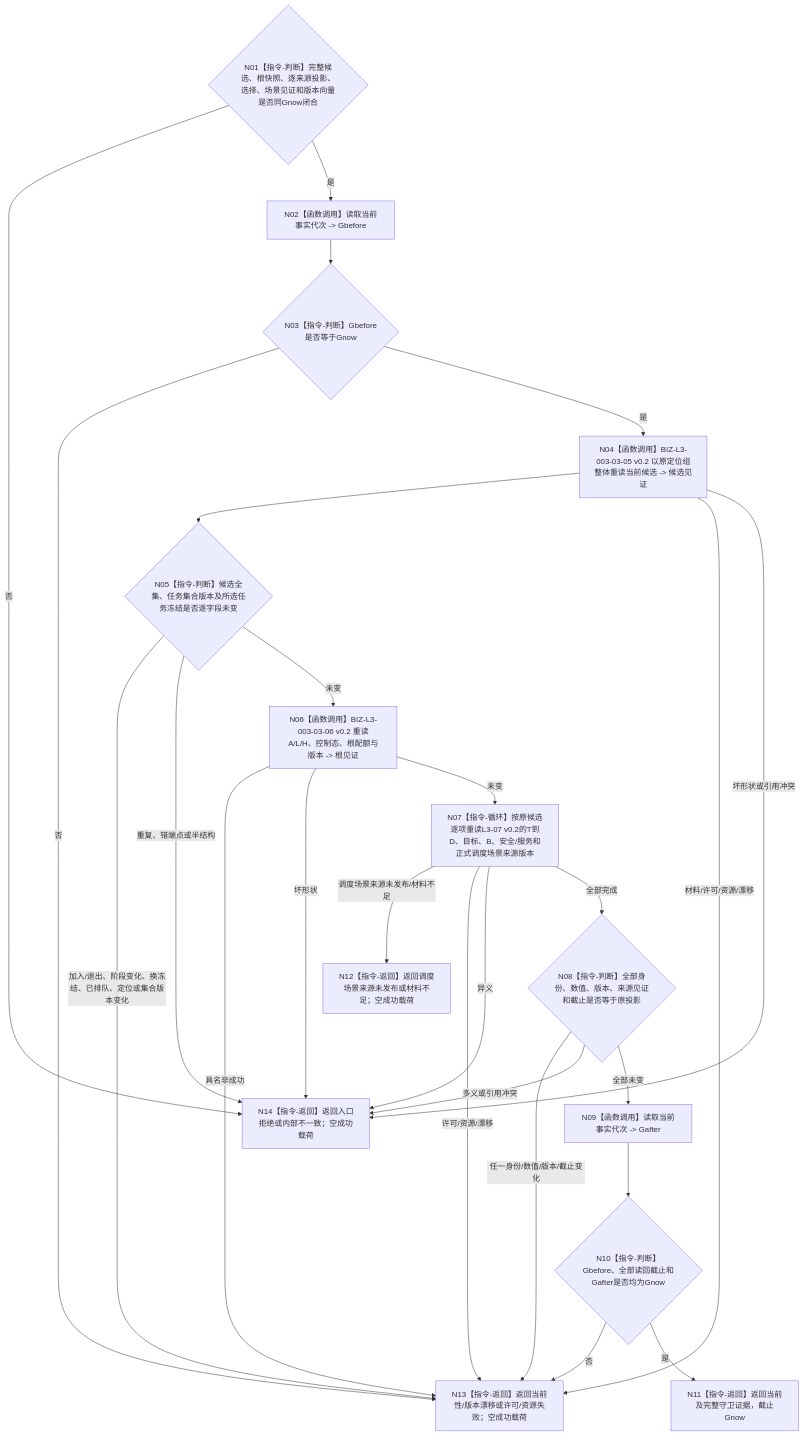
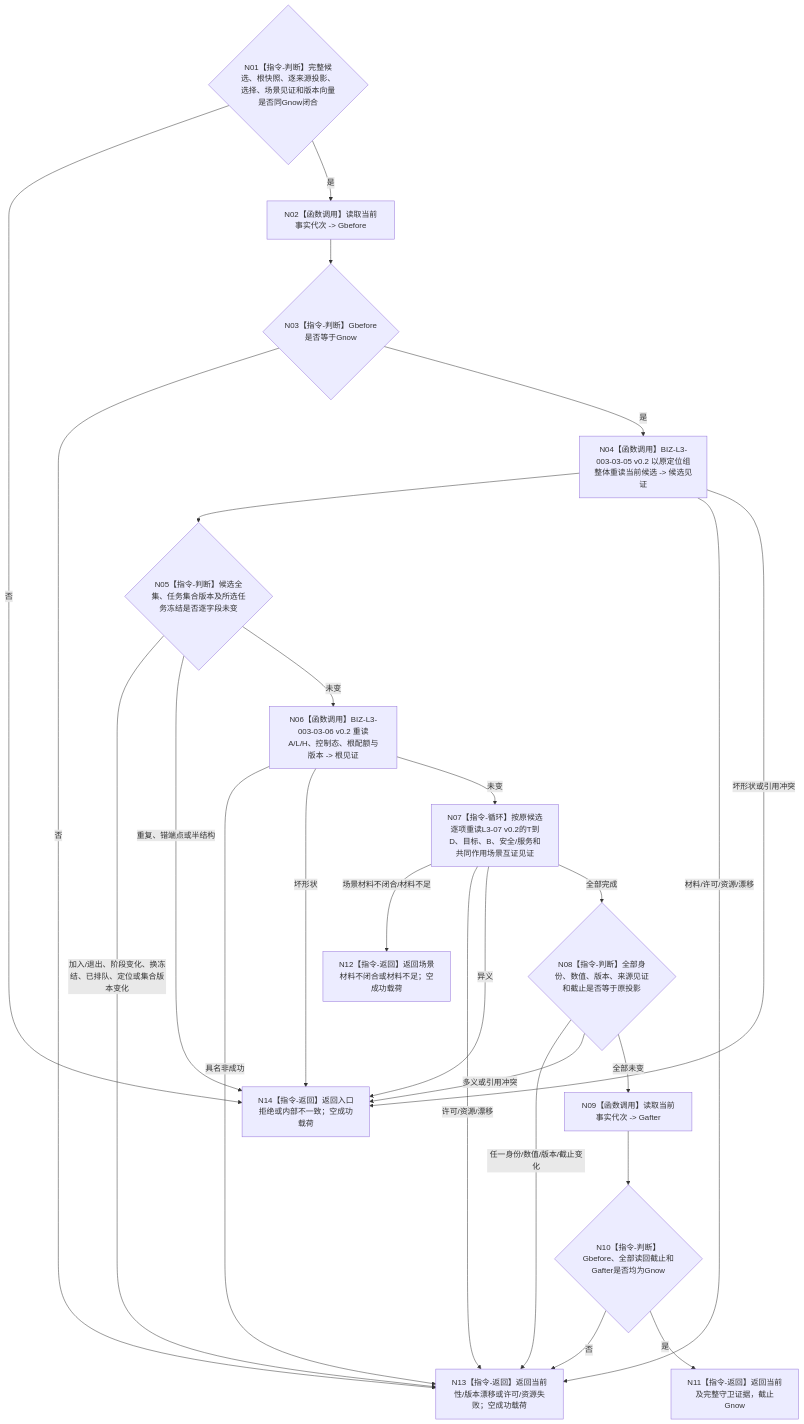
The diagram in 流程图/目标业务流程图/L3/BIZ-L3-003-03-10_复核普通派发选择当前性_目标函数流程图_v0.3.md (chunhaizh-cyber/HY-Ego), drawn with Mermaid before and after one commit. The commit also changed other lines of this file and 12 other files, not shown here.

````diff
--- a/流程图/目标业务流程图/L3/BIZ-L3-003-03-10_复核普通派发选择当前性_目标函数流程图_v0.3.md
+++ b/流程图/目标业务流程图/L3/BIZ-L3-003-03-10_复核普通派发选择当前性_目标函数流程图_v0.3.md
@@ -35,39 +35,39 @@
 ```mermaid
 flowchart TD
     N01{"N01【指令-判断】完整候选、根快照、逐来源投影、选择、场景见证和版本向量是否同Gnow闭合"}
     N02["N02【函数调用】读取当前事实代次 -> Gbefore"]
     N03{"N03【指令-判断】Gbefore是否等于Gnow"}
     N04["N04【函数调用】BIZ-L3-003-03-05 v0.2 以原定位组整体重读当前候选 -> 候选见证"]
     N05{"N05【指令-判断】候选全集、任务集合版本及所选任务冻结是否逐字段未变"}
     N06["N06【函数调用】BIZ-L3-003-03-06 v0.2 重读A/L/H、控制态、根配额与版本 -> 根见证"]
-    N07["N07【指令-循环】按原候选逐项重读L3-07 v0.2的T到D、目标、B、安全/服务和正式调度场景来源版本"]
+    N07["N07【指令-循环】按原候选逐项重读L3-07 v0.2的T到D、目标、B、安全/服务和共同作用场景互证见证"]
     N08{"N08【指令-判断】全部身份、数值、版本、来源见证和截止是否等于原投影"}
     N09["N09【函数调用】读取当前事实代次 -> Gafter"]
     N10{"N10【指令-判断】Gbefore、全部读回截止和Gafter是否均为Gnow"}
     N11["N11【指令-返回】返回当前及完整守卫证据，截止Gnow"]
-    N12["N12【指令-返回】返回调度场景来源未发布或材料不足；空成功载荷"]
+    N12["N12【指令-返回】返回场景材料不闭合或材料不足；空成功载荷"]
     N13["N13【指令-返回】返回当前性/版本漂移或许可/资源失败；空成功载荷"]
     N14["N14【指令-返回】返回入口拒绝或内部不一致；空成功载荷"]
 
     N01 -->|否| N14
     N01 -->|是| N02 --> N03
     N03 -->|否| N13
     N03 -->|是| N04 --> N05
     N04 -->|材料/许可/资源/漂移| N13
     N04 -->|坏形状或引用冲突| N14
     N05 -->|加入/退出、阶段变化、换冻结、已排队、定位或集合版本变化| N13
     N05 -->|重复、错端点或半结构| N14
     N05 -->|未变| N06
     N06 -->|具名非成功| N13
     N06 -->|坏形状| N14
     N06 -->|未变| N07
-    N07 -->|调度场景来源未发布/材料不足| N12
+    N07 -->|场景材料不闭合/材料不足| N12
     N07 -->|许可/资源/漂移| N13
     N07 -->|异义| N14
     N07 -->|全部完成| N08
     N08 -->|任一身份/数值/版本/截止变化| N13
     N08 -->|多义或引用冲突| N14
     N08 -->|全部未变| N09 --> N10
     N10 -->|否| N13
     N10 -->|是| N11
 ```
````
